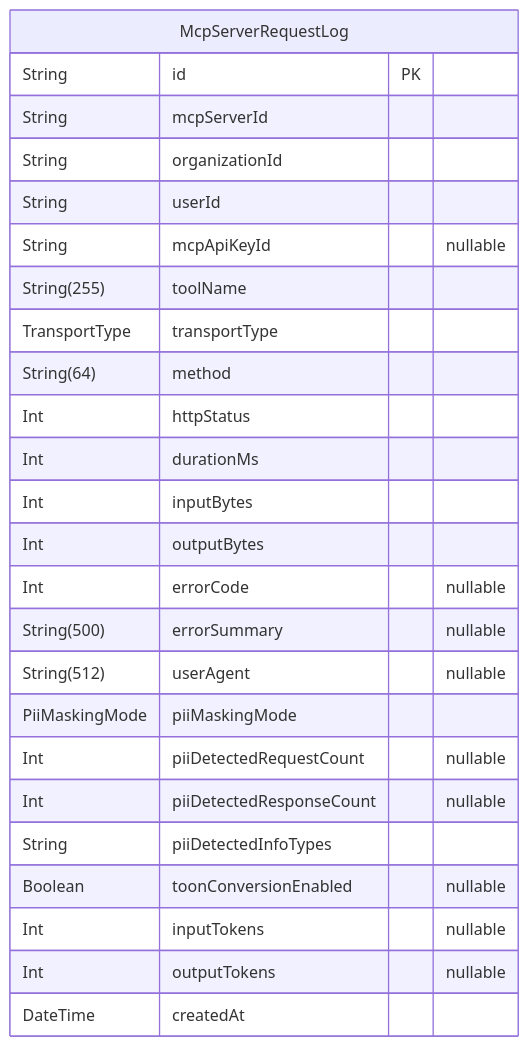
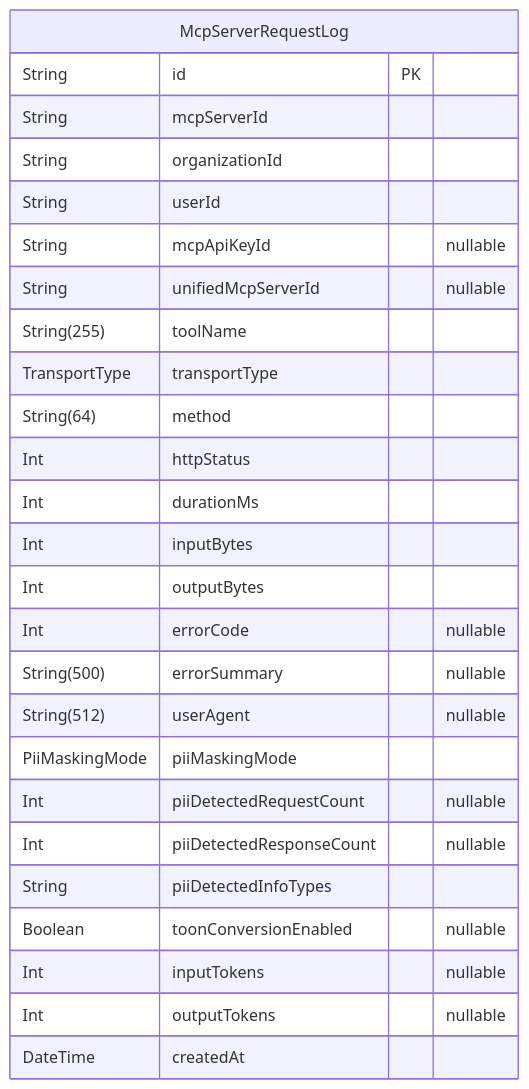
Before and after one commit to rayven122/tumiki: the sixth of 10 diagrams in packages/db/prisma/README.md, drawn with Mermaid. The commit also changed other lines of this file and 23 other files, not shown here.

````diff
--- a/packages/db/prisma/README.md
+++ b/packages/db/prisma/README.md
@@ -448,28 +449,29 @@
 ```mermaid
 erDiagram
 "McpServerRequestLog" {
   String id PK
   String mcpServerId
   String organizationId
   String userId
   String mcpApiKeyId "nullable"
+  String unifiedMcpServerId "nullable"
   String(255) toolName
   TransportType transportType
   String(64) method
   Int httpStatus
   Int durationMs
   Int inputBytes
   Int outputBytes
   Int errorCode "nullable"
   String(500) errorSummary "nullable"
   String(512) userAgent "nullable"
   PiiMaskingMode piiMaskingMode
   Int piiDetectedRequestCount "nullable"
   Int piiDetectedResponseCount "nullable"
   String piiDetectedInfoTypes
   Boolean toonConversionEnabled "nullable"
   Int inputTokens "nullable"
   Int outputTokens "nullable"
   DateTime createdAt
 }
 ```
````
